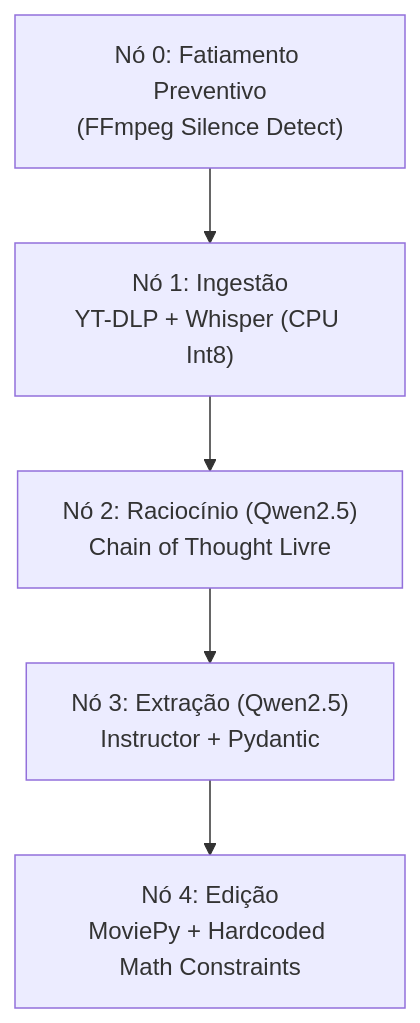
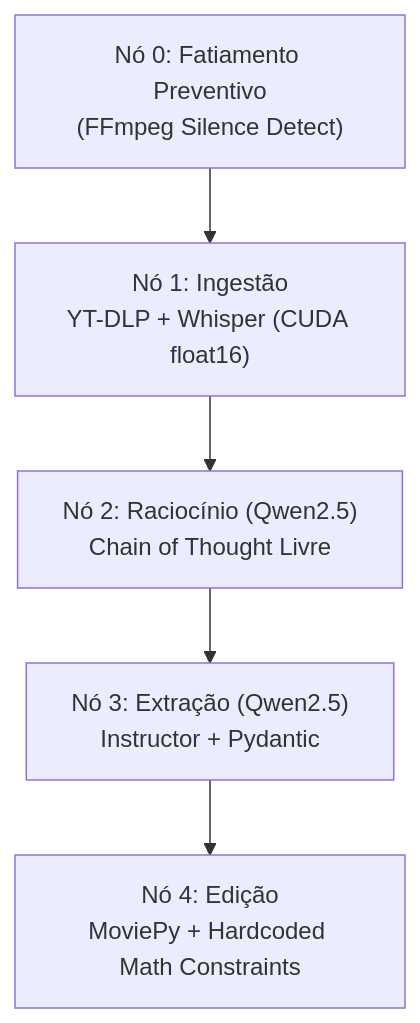
The diagram in AGENTS.md (SegantinDavi/agent-clipper), drawn with Mermaid before and after one commit. The commit also changed other lines of this file and 20 other files, not shown here.

````diff
--- a/AGENTS.md
+++ b/AGENTS.md
@@ -111,9 +111,9 @@
 ```mermaid
 graph TD
     Z["Nó 0: Fatiamento Preventivo<br>(FFmpeg Silence Detect)"] --> A
-    A["Nó 1: Ingestão<br>YT-DLP + Whisper (CPU Int8)"] --> B
+    A["Nó 1: Ingestão<br>YT-DLP + Whisper (CUDA float16)"] --> B
     B["Nó 2: Raciocínio (Qwen2.5)<br>Chain of Thought Livre"] --> C
     C["Nó 3: Extração (Qwen2.5)<br>Instructor + Pydantic"] --> D
     D["Nó 4: Edição<br>MoviePy + Hardcoded Math Constraints"]
 
 ```
````
